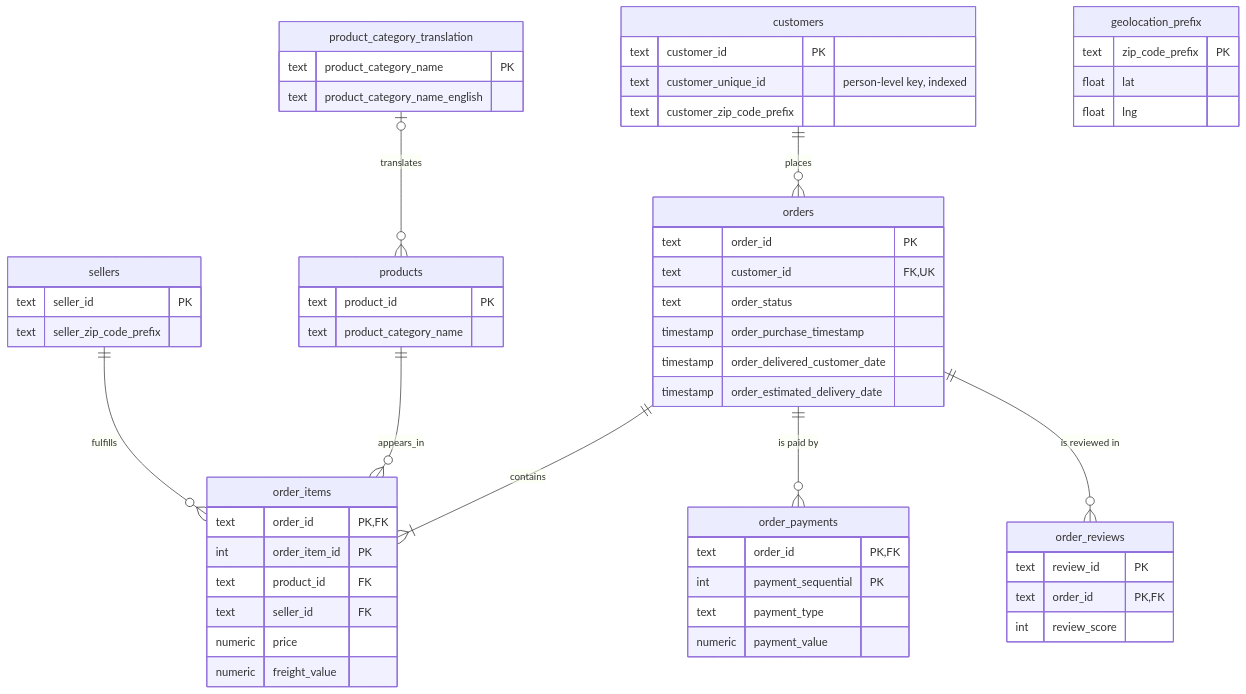
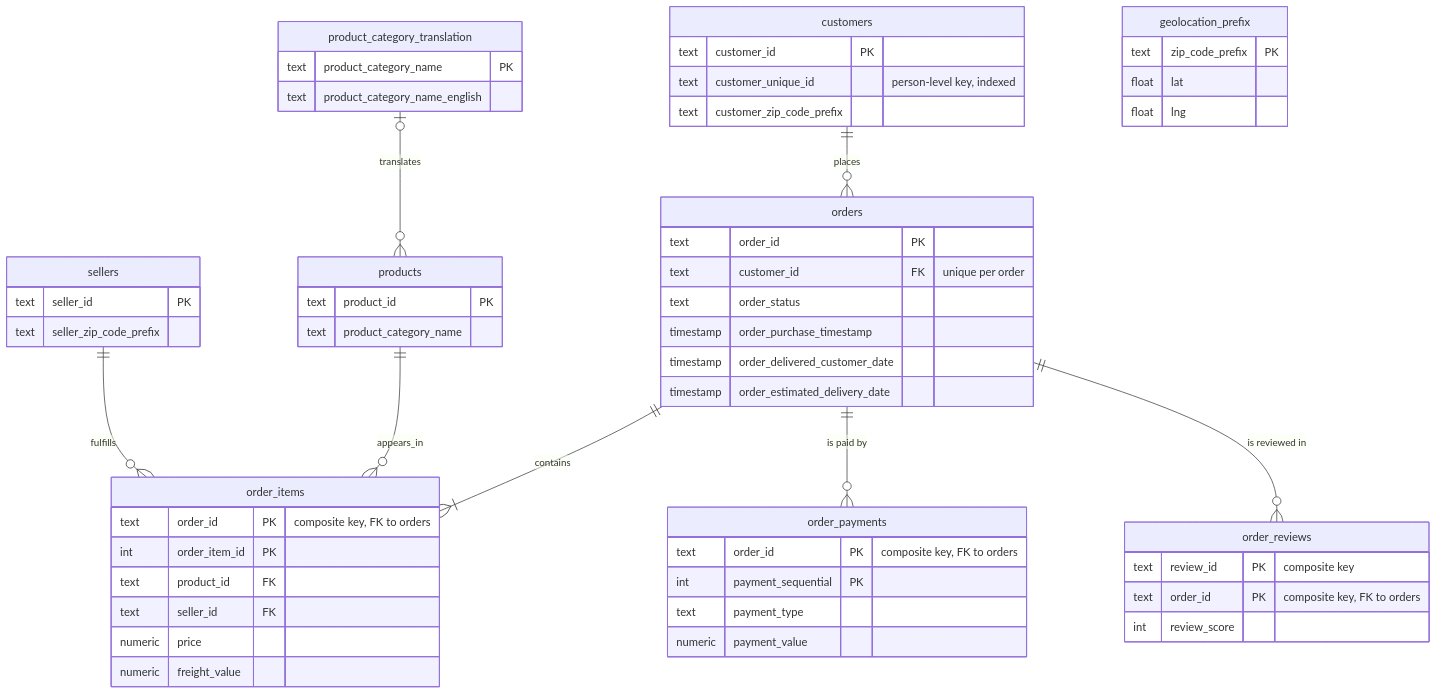
Before and after one commit to alexanderallen7/ecommerce-sql-analytics: the diagram in README.md, drawn with Mermaid.

Commit message:
Use single-key ERD syntax so the diagram renders on GitHub's Mermaid version

````diff
--- a/README.md
+++ b/README.md
@@ -58,59 +58,59 @@
 ```mermaid
 erDiagram
     customers {
         text customer_id PK
         text customer_unique_id "person-level key, indexed"
         text customer_zip_code_prefix
     }
     orders {
         text order_id PK
-        text customer_id FK, UK
+        text customer_id FK "unique per order"
         text order_status
         timestamp order_purchase_timestamp
         timestamp order_delivered_customer_date
         timestamp order_estimated_delivery_date
     }
     order_items {
-        text order_id PK, FK
+        text order_id PK "composite key, FK to orders"
         int order_item_id PK
         text product_id FK
         text seller_id FK
         numeric price
         numeric freight_value
     }
     order_payments {
-        text order_id PK, FK
+        text order_id PK "composite key, FK to orders"
         int payment_sequential PK
         text payment_type
         numeric payment_value
     }
     order_reviews {
-        text review_id PK
-        text order_id PK, FK
+        text review_id PK "composite key"
+        text order_id PK "composite key, FK to orders"
         int review_score
     }
     products {
         text product_id PK
         text product_category_name
     }
     sellers {
         text seller_id PK
         text seller_zip_code_prefix
     }
     product_category_translation {
         text product_category_name PK
         text product_category_name_english
     }
     geolocation_prefix {
         text zip_code_prefix PK
         float lat
         float lng
     }
     customers ||--o{ orders : places
     orders ||--|{ order_items : contains
     orders ||--o{ order_payments : "is paid by"
     orders ||--o{ order_reviews : "is reviewed in"
     products ||--o{ order_items : appears_in
     sellers ||--o{ order_items : fulfills
     product_category_translation |o--o{ products : translates
 ```
````
